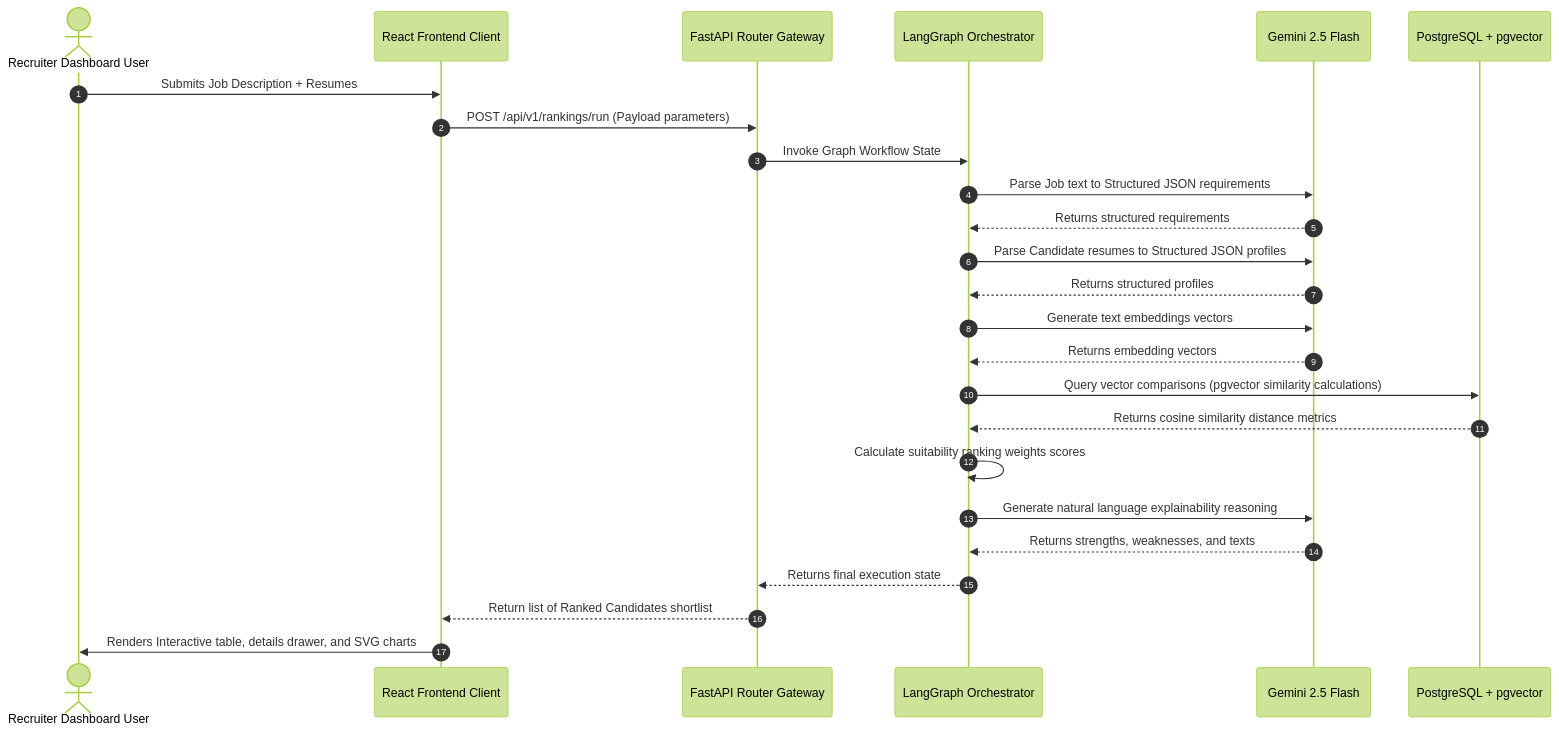
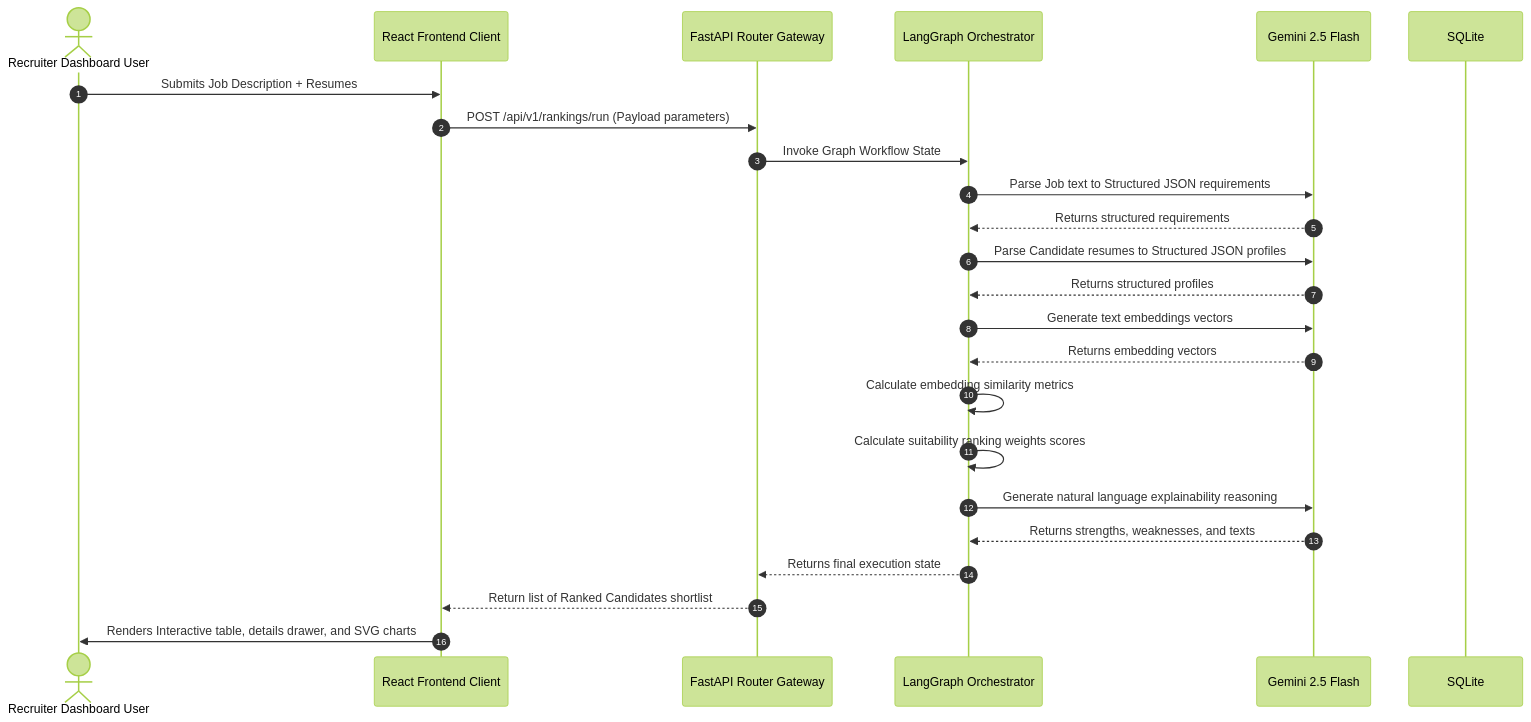
Before and after one commit to bsrikumar855-dot/H2S-Hackathon: the fifth of 5 diagrams in docs/architecture.md, drawn with Mermaid (forest theme). The commit also changed other lines of this file and 31 other files, not shown here.

````diff
--- a/docs/architecture.md
+++ b/docs/architecture.md
@@ -122,28 +122,27 @@
 ```mermaid
 sequenceDiagram
     autonumber
     actor Recruiter as Recruiter Dashboard User
     participant App as React Frontend Client
     participant API as FastAPI Router Gateway
     participant Graph as LangGraph Orchestrator
     participant Gemini as Gemini 2.5 Flash
-    participant DB as PostgreSQL + pgvector
+    participant DB as SQLite
 
     Recruiter->>App: Submits Job Description + Resumes
     App->>API: POST /api/v1/rankings/run (Payload parameters)
     API->>Graph: Invoke Graph Workflow State
     Graph->>Gemini: Parse Job text to Structured JSON requirements
     Gemini-->>Graph: Returns structured requirements
     Graph->>Gemini: Parse Candidate resumes to Structured JSON profiles
     Gemini-->>Graph: Returns structured profiles
     Graph->>Gemini: Generate text embeddings vectors
     Gemini-->>Graph: Returns embedding vectors
-    Graph->>DB: Query vector comparisons (pgvector similarity calculations)
-    DB-->>Graph: Returns cosine similarity distance metrics
+    Graph->>Graph: Calculate embedding similarity metrics
     Graph->>Graph: Calculate suitability ranking weights scores
     Graph->>Gemini: Generate natural language explainability reasoning
     Gemini-->>Graph: Returns strengths, weaknesses, and texts
     Graph-->>API: Returns final execution state
     API-->>App: Return list of Ranked Candidates shortlist
     App->>Recruiter: Renders Interactive table, details drawer, and SVG charts
 ```
````
